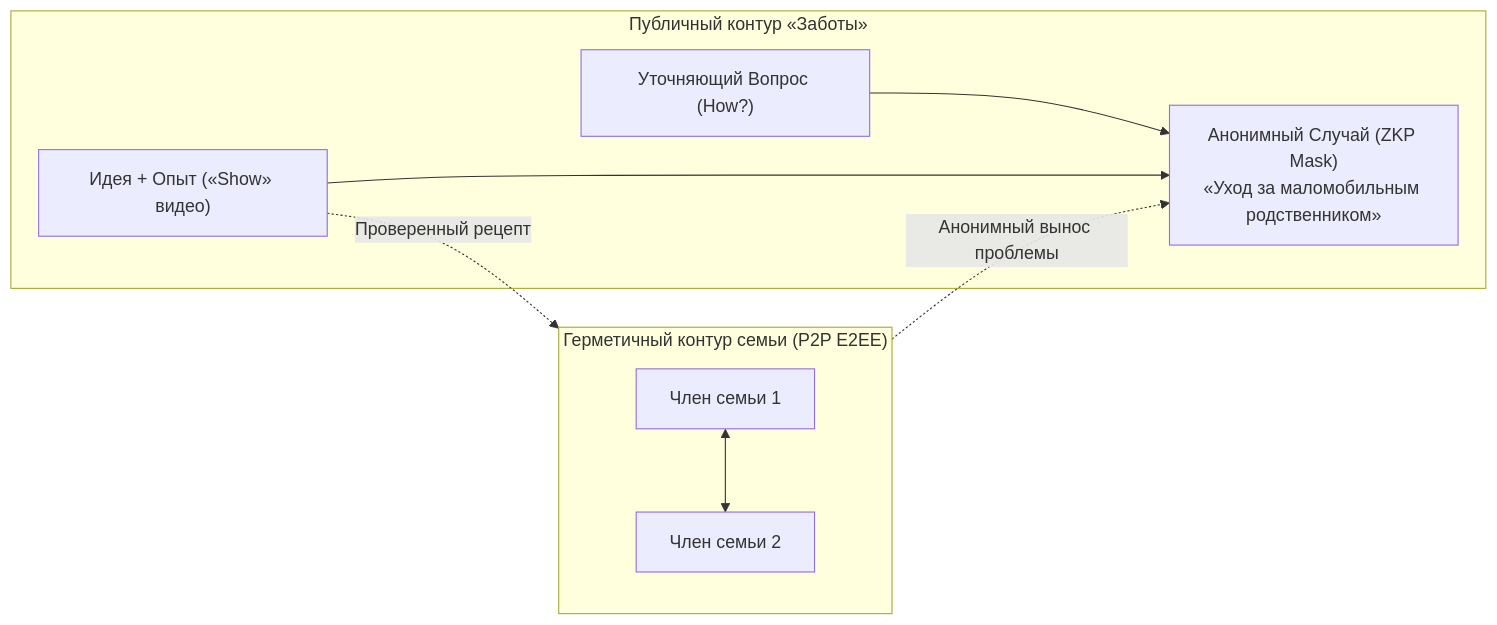
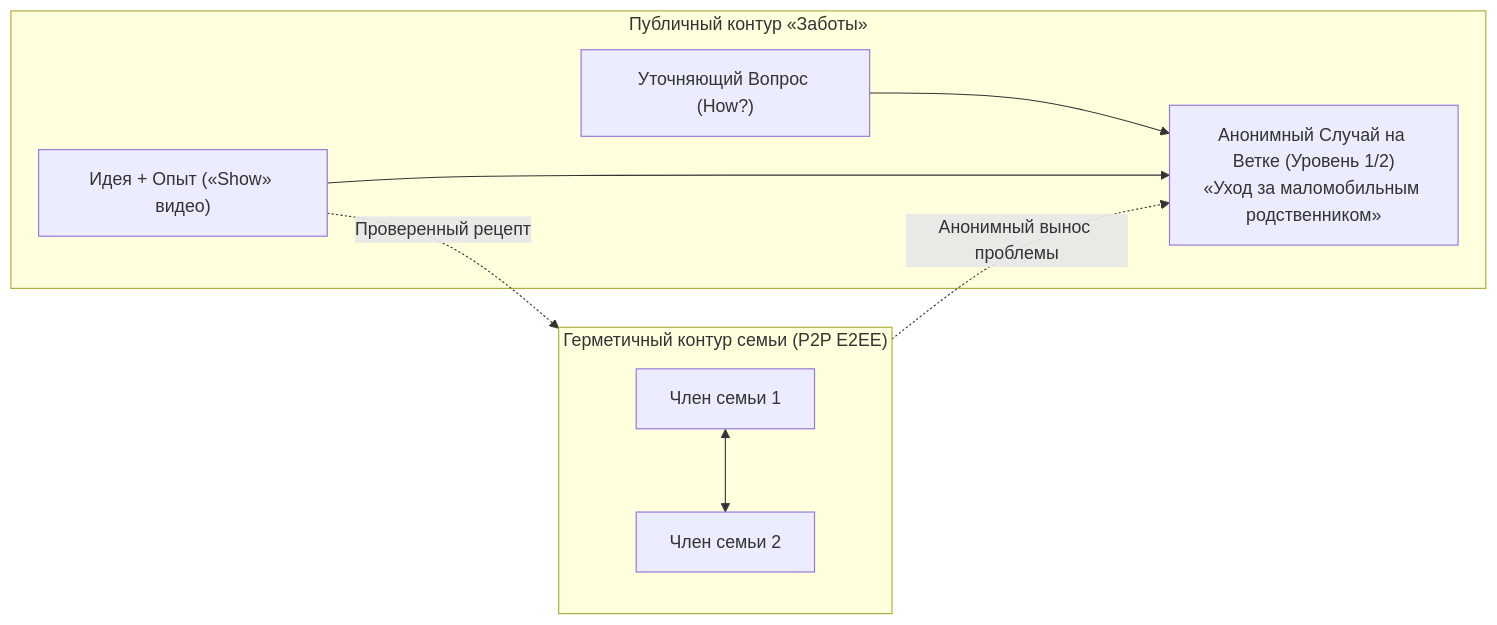
One commit to Data-Independence-Network/presentations changed the second of 4 diagrams in shared_docs/whitepapers/applications/sapoto/Sapoto_Ecosystem_Impact_Guide.md. Above: the diagram before and after it, drawn with Mermaid. The commit also changed other lines of this file and 9 other files, not shown here.

````diff
--- a/shared_docs/whitepapers/applications/sapoto/Sapoto_Ecosystem_Impact_Guide.md
+++ b/shared_docs/whitepapers/applications/sapoto/Sapoto_Ecosystem_Impact_Guide.md
@@ -48,13 +88,13 @@
 ```mermaid
 graph LR
     subgraph FamilyCircle["Герметичный контур семьи (P2P E2EE)"]
         Member1["Член семьи 1"] <--> Member2["Член семьи 2"]
     end
     subgraph PublicCare["Публичный контур «Заботы»"]
-        CaseAnon["Анонимный Случай (ZKP Mask)<br/>«Уход за маломобильным родственником»"]
+        CaseAnon["Анонимный Случай на Ветке (Уровень 1/2)<br/>«Уход за маломобильным родственником»"]
         Question["Уточняющий Вопрос (How?)"] --> CaseAnon
         IdeaExp["Идея + Опыт («Show» видео)"] --> CaseAnon
     end
     FamilyCircle -.->|Анонимный вынос проблемы| CaseAnon
     IdeaExp -.->|Проверенный рецепт| FamilyCircle
 ```
````
